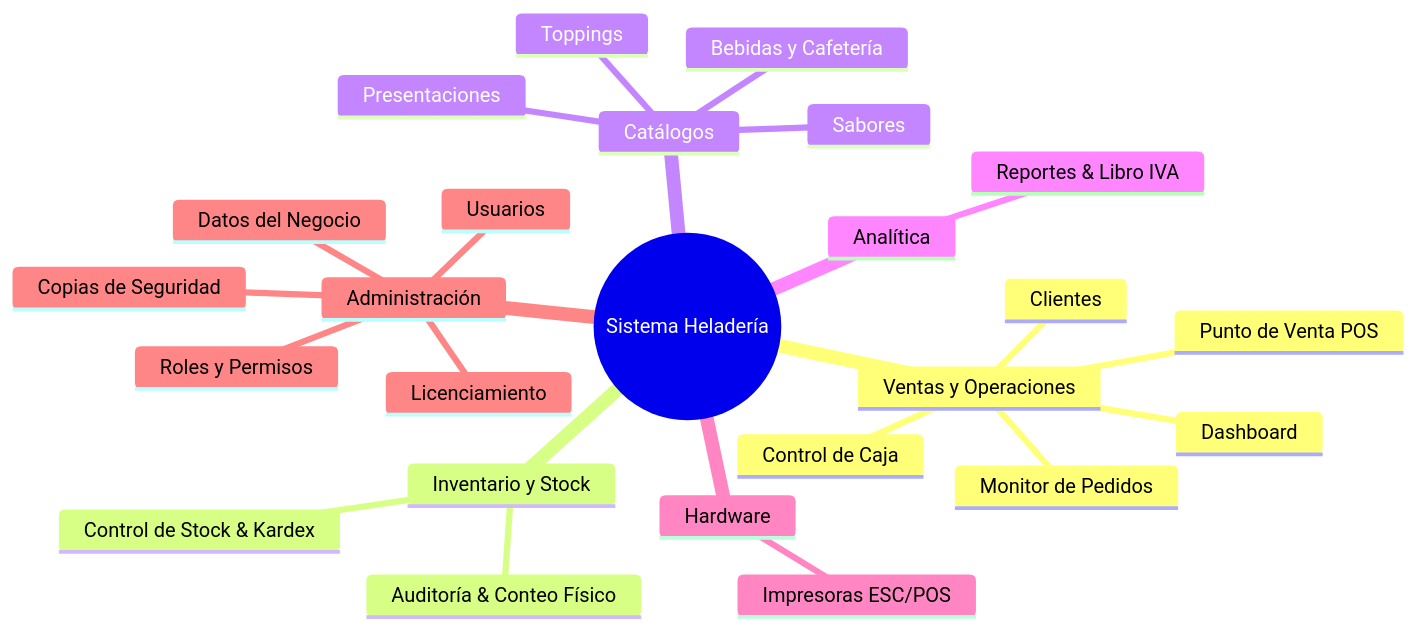
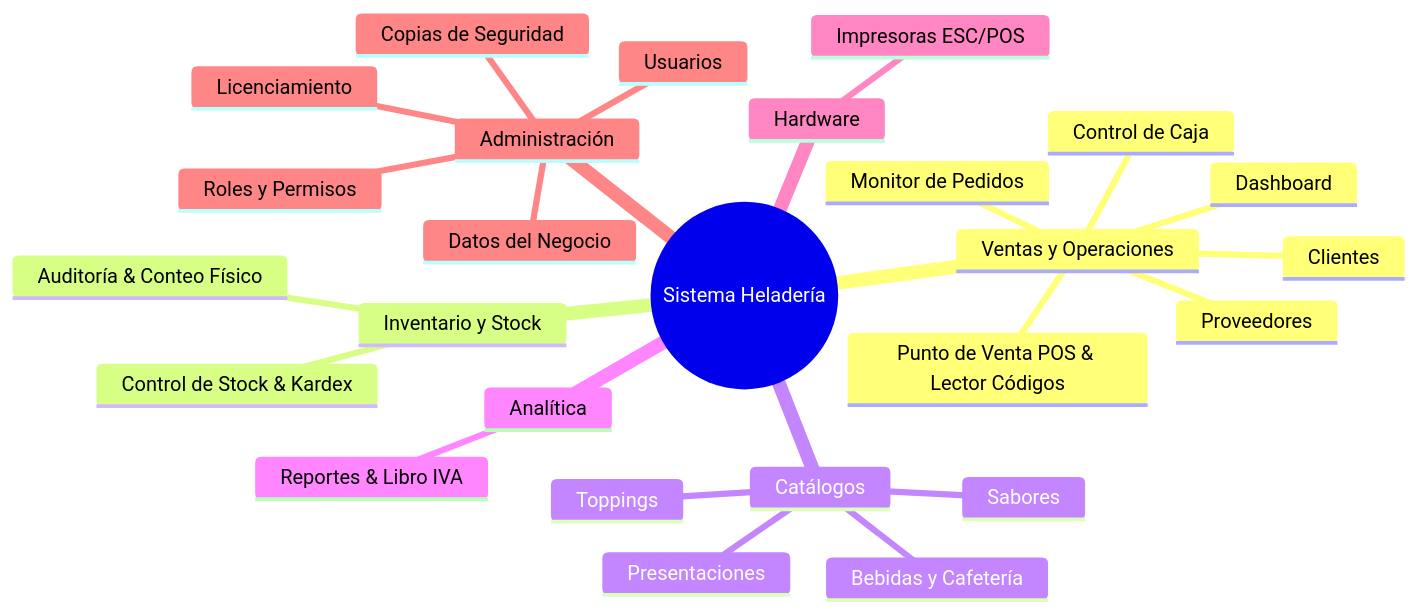
One commit to francisram/minimarketFront changed the diagram in MODULOS_Y_BONDADES.md. Above: the diagram before and after it, drawn with Mermaid. The commit also changed other lines of this file and 10 other files, not shown here.

Commit message:
feat(proveedores): agregar vista proveedores, vinculacion de productos y lector de codigo de barra en pos

````diff
--- a/MODULOS_Y_BONDADES.md
+++ b/MODULOS_Y_BONDADES.md
@@ -22,28 +22,29 @@
 ```mermaid
 mindmap
   root((Sistema Heladería))
     Ventas y Operaciones
       Dashboard
       Control de Caja
-      Punto de Venta POS
+      Punto de Venta POS & Lector Códigos
       Monitor de Pedidos
       Clientes
+      Proveedores
     Inventario y Stock
       Control de Stock & Kardex
       Auditoría & Conteo Físico
     Catálogos
       Sabores
       Presentaciones
       Toppings
       Bebidas y Cafetería
     Analítica
       Reportes & Libro IVA
     Hardware
       Impresoras ESC/POS
     Administración
       Usuarios
       Roles y Permisos
       Licenciamiento
       Datos del Negocio
       Copias de Seguridad
 ```
````
